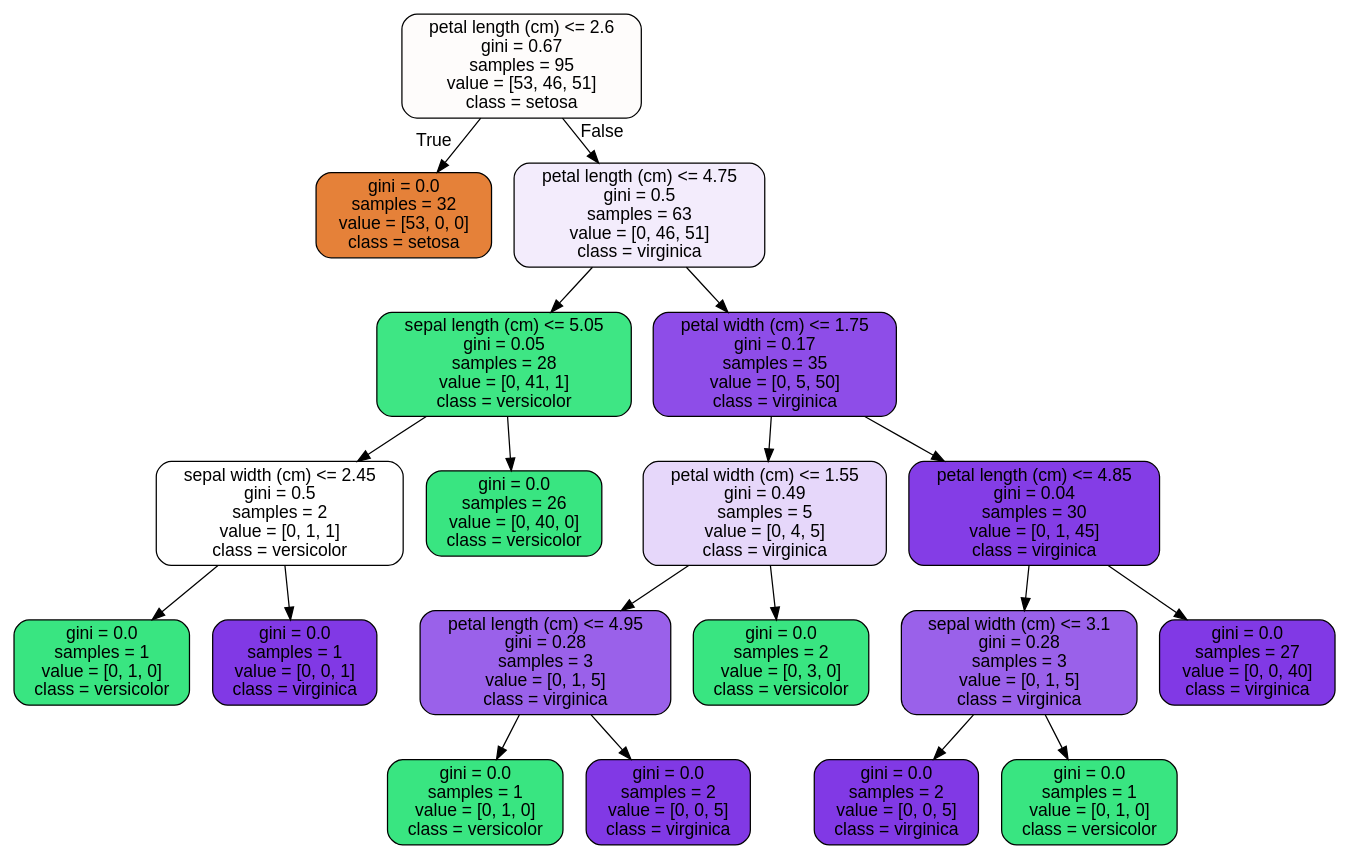
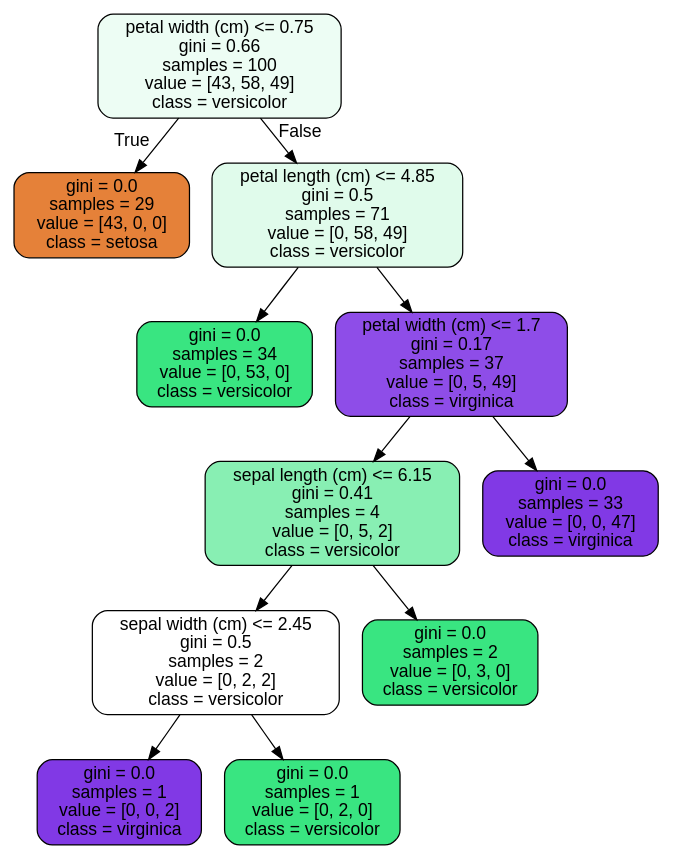
The diagram in Unit14_SupervisedLearning/14.4 RandomForest Covid Case Study/tree.dot (divzueri/Springboard), drawn with Graphviz before and after one commit. The commit also changed 3 other files, not shown here.

```diff
--- a/Unit14_SupervisedLearning/14.4 RandomForest Covid Case Study/tree.dot
+++ b/Unit14_SupervisedLearning/14.4 RandomForest Covid Case Study/tree.dot
@@ -1,41 +1,25 @@
 digraph Tree {
 node [shape=box, style="filled, rounded", color="black", fontname=helvetica] ;
 edge [fontname=helvetica] ;
-0 [label="petal length (cm) <= 2.6\ngini = 0.67\nsamples = 95\nvalue = [53, 46, 51]\nclass = setosa", fillcolor="#fefcfb"] ;
-1 [label="gini = 0.0\nsamples = 32\nvalue = [53, 0, 0]\nclass = setosa", fillcolor="#e58139"] ;
+0 [label="petal width (cm) <= 0.75\ngini = 0.66\nsamples = 100\nvalue = [43, 58, 49]\nclass = versicolor", fillcolor="#edfdf4"] ;
+1 [label="gini = 0.0\nsamples = 29\nvalue = [43, 0, 0]\nclass = setosa", fillcolor="#e58139"] ;
 0 -> 1 [labeldistance=2.5, labelangle=45, headlabel="True"] ;
-2 [label="petal length (cm) <= 4.75\ngini = 0.5\nsamples = 63\nvalue = [0, 46, 51]\nclass = virginica", fillcolor="#f3ecfc"] ;
+2 [label="petal length (cm) <= 4.85\ngini = 0.5\nsamples = 71\nvalue = [0, 58, 49]\nclass = versicolor", fillcolor="#e0fbeb"] ;
 0 -> 2 [labeldistance=2.5, labelangle=-45, headlabel="False"] ;
-3 [label="sepal length (cm) <= 5.05\ngini = 0.05\nsamples = 28\nvalue = [0, 41, 1]\nclass = versicolor", fillcolor="#3ee684"] ;
+3 [label="gini = 0.0\nsamples = 34\nvalue = [0, 53, 0]\nclass = versicolor", fillcolor="#39e581"] ;
 2 -> 3 ;
-4 [label="sepal width (cm) <= 2.45\ngini = 0.5\nsamples = 2\nvalue = [0, 1, 1]\nclass = versicolor", fillcolor="#ffffff"] ;
-3 -> 4 ;
-5 [label="gini = 0.0\nsamples = 1\nvalue = [0, 1, 0]\nclass = versicolor", fillcolor="#39e581"] ;
+4 [label="petal width (cm) <= 1.7\ngini = 0.17\nsamples = 37\nvalue = [0, 5, 49]\nclass = virginica", fillcolor="#8e4de8"] ;
+2 -> 4 ;
+5 [label="sepal length (cm) <= 6.15\ngini = 0.41\nsamples = 4\nvalue = [0, 5, 2]\nclass = versicolor", fillcolor="#88efb3"] ;
 4 -> 5 ;
-6 [label="gini = 0.0\nsamples = 1\nvalue = [0, 0, 1]\nclass = virginica", fillcolor="#8139e5"] ;
-4 -> 6 ;
-7 [label="gini = 0.0\nsamples = 26\nvalue = [0, 40, 0]\nclass = versicolor", fillcolor="#39e581"] ;
-3 -> 7 ;
-8 [label="petal width (cm) <= 1.75\ngini = 0.17\nsamples = 35\nvalue = [0, 5, 50]\nclass = virginica", fillcolor="#8e4de8"] ;
-2 -> 8 ;
-9 [label="petal width (cm) <= 1.55\ngini = 0.49\nsamples = 5\nvalue = [0, 4, 5]\nclass = virginica", fillcolor="#e6d7fa"] ;
-8 -> 9 ;
-10 [label="petal length (cm) <= 4.95\ngini = 0.28\nsamples = 3\nvalue = [0, 1, 5]\nclass = virginica", fillcolor="#9a61ea"] ;
-9 -> 10 ;
-11 [label="gini = 0.0\nsamples = 1\nvalue = [0, 1, 0]\nclass = versicolor", fillcolor="#39e581"] ;
-10 -> 11 ;
-12 [label="gini = 0.0\nsamples = 2\nvalue = [0, 0, 5]\nclass = virginica", fillcolor="#8139e5"] ;
-10 -> 12 ;
-13 [label="gini = 0.0\nsamples = 2\nvalue = [0, 3, 0]\nclass = versicolor", fillcolor="#39e581"] ;
-9 -> 13 ;
-14 [label="petal length (cm) <= 4.85\ngini = 0.04\nsamples = 30\nvalue = [0, 1, 45]\nclass = virginica", fillcolor="#843de6"] ;
-8 -> 14 ;
-15 [label="sepal width (cm) <= 3.1\ngini = 0.28\nsamples = 3\nvalue = [0, 1, 5]\nclass = virginica", fillcolor="#9a61ea"] ;
-14 -> 15 ;
-16 [label="gini = 0.0\nsamples = 2\nvalue = [0, 0, 5]\nclass = virginica", fillcolor="#8139e5"] ;
-15 -> 16 ;
-17 [label="gini = 0.0\nsamples = 1\nvalue = [0, 1, 0]\nclass = versicolor", fillcolor="#39e581"] ;
-15 -> 17 ;
-18 [label="gini = 0.0\nsamples = 27\nvalue = [0, 0, 40]\nclass = virginica", fillcolor="#8139e5"] ;
-14 -> 18 ;
+6 [label="sepal width (cm) <= 2.45\ngini = 0.5\nsamples = 2\nvalue = [0, 2, 2]\nclass = versicolor", fillcolor="#ffffff"] ;
+5 -> 6 ;
+7 [label="gini = 0.0\nsamples = 1\nvalue = [0, 0, 2]\nclass = virginica", fillcolor="#8139e5"] ;
+6 -> 7 ;
+8 [label="gini = 0.0\nsamples = 1\nvalue = [0, 2, 0]\nclass = versicolor", fillcolor="#39e581"] ;
+6 -> 8 ;
+9 [label="gini = 0.0\nsamples = 2\nvalue = [0, 3, 0]\nclass = versicolor", fillcolor="#39e581"] ;
+5 -> 9 ;
+10 [label="gini = 0.0\nsamples = 33\nvalue = [0, 0, 47]\nclass = virginica", fillcolor="#8139e5"] ;
+4 -> 10 ;
 }
```
